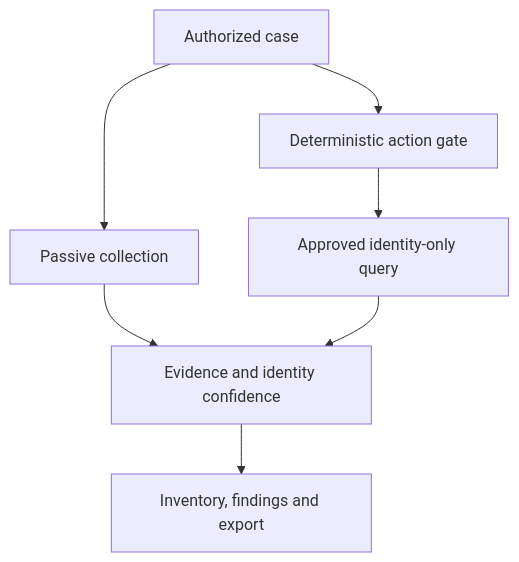
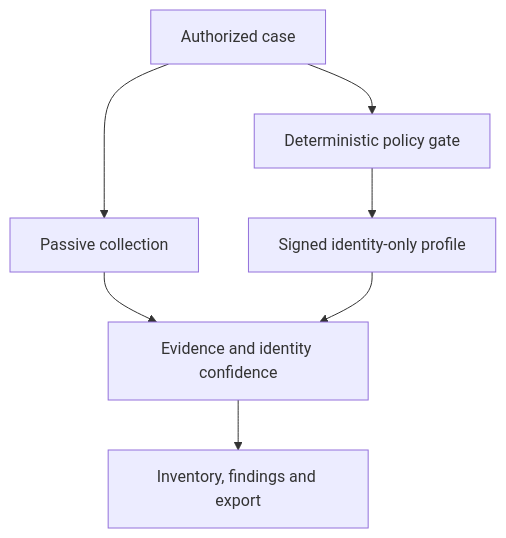
Before and after one commit to charifmahmoudi/mobile-ot-security-assessment: the diagram in README.md, drawn with Mermaid. The commit also changed other lines of this file, not shown here.

````diff
--- a/README.md
+++ b/README.md
@@ -55,9 +46,9 @@
 ```mermaid
 flowchart TD
   A[Authorized case] --> B[Passive collection]
   B --> C[Evidence and identity confidence]
-  A --> D[Deterministic action gate]
-  D --> E[Approved identity-only query]
+  A --> D[Deterministic policy gate]
+  D --> E[Signed identity-only profile]
   E --> C
   C --> F[Inventory, findings and export]
 ```
````
